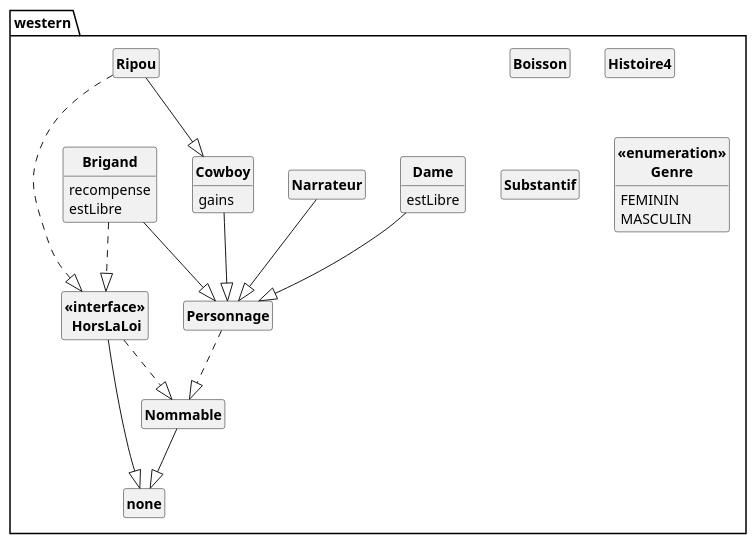
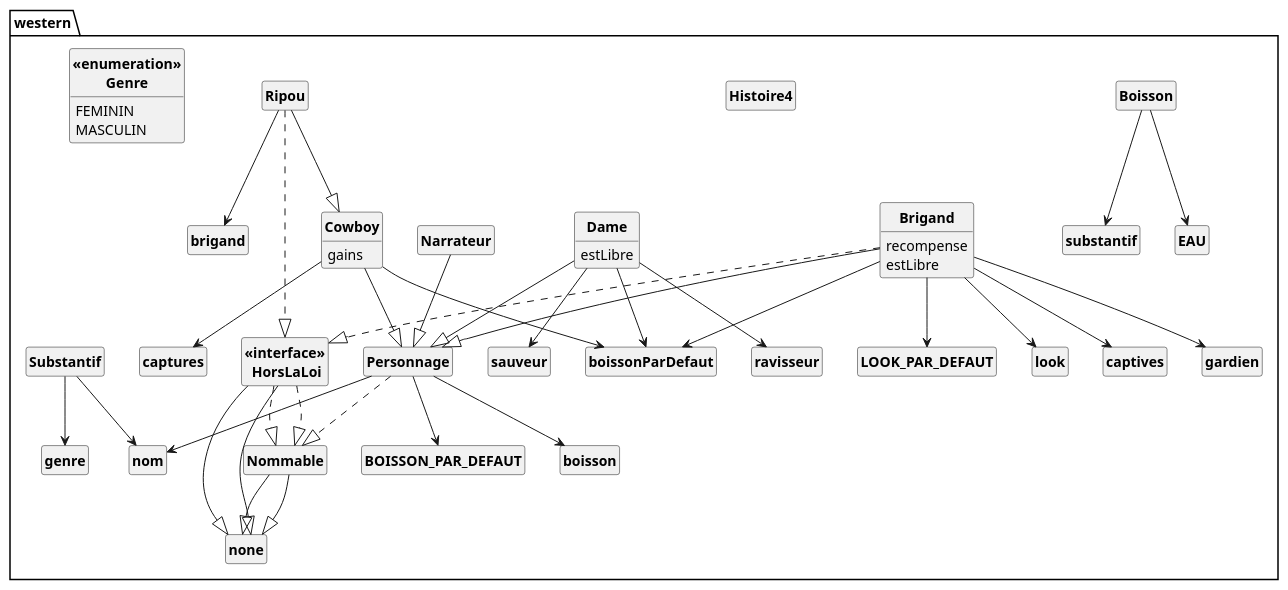
One commit to Lykomonix/API-JAVAtoPUML changed the diagram in javadoc.puml. Above: the diagram before and after it, drawn with PlantUML. The commit also changed 10 other files, not shown here.

```diff
--- a/javadoc.puml
+++ b/javadoc.puml
@@ -1,78 +1,104 @@
 @startuml
 
 skinparam style strictuml
 skinparam classAttributeIconSize 0
 skinparam classFontStyle Bold
 hide empty members
 
-
 Package "western" {
-
 class Boisson
 {
 }
 
 class Brigand
 {
 recompense
 estLibre
 }
-Brigand --|> Personnage
-Brigand ..|> HorsLaLoi
 
 class Cowboy
 {
 gains
 }
-Cowboy --|> Personnage
 
 class Dame
 {
 estLibre
 }
-Dame --|> Personnage
 
 class Histoire4
 {
 }
 
 class Narrateur
 {
 }
-Narrateur --|> Personnage
 
 class Personnage
 {
 }
-Personnage ..|> Nommable
 
 class Ripou
 {
-
 }
-Ripou --|> Cowboy
-Ripou ..|> HorsLaLoi
 
 class Substantif
 {
 }
 
 class "<<interface>>\n HorsLaLoi" as HorsLaLoi
-{
-
-}
 HorsLaLoi --|> none
 HorsLaLoi ..|> Nommable
 
 class "<<interface>>\n Nommable" as Nommable
 Nommable --|> none
 
 class "<<enumeration>>\nGenre"
 {
 FEMININ
 MASCULIN
 }
 
+Boisson --> substantif
+Boisson --> EAU
+
+Brigand --|> Personnage
+Brigand ..|> HorsLaLoi
+Brigand --> LOOK_PAR_DEFAUT
+Brigand --> look
+Brigand --> captives
+Brigand --> gardien
+Brigand --> boissonParDefaut
+
+Cowboy --|> Personnage
+Cowboy --> captures
+Cowboy --> boissonParDefaut
+
+Dame --|> Personnage
+Dame --> sauveur
+Dame --> ravisseur
+Dame --> boissonParDefaut
+
+
+Narrateur --|> Personnage
+
+Personnage ..|> Nommable
+Personnage --> BOISSON_PAR_DEFAUT
+Personnage --> nom
+Personnage --> boisson
+
+Ripou --|> Cowboy
+Ripou ..|> HorsLaLoi
+Ripou --> brigand
+
+Substantif --> nom
+Substantif --> genre
+
+HorsLaLoi --|> none
+HorsLaLoi ..|> Nommable
+
+Nommable --|> none
+
 }
 
 @enduml
```
